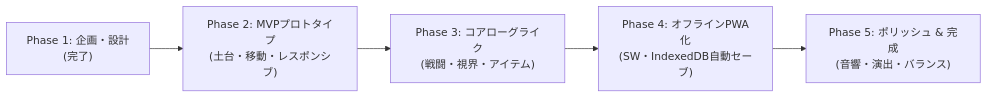
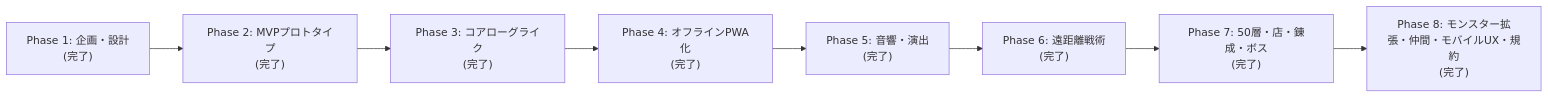
One commit to Katsu2013/antigravity-game-01 changed the diagram in docs/03_roadmap.md. Above: the diagram before and after it, drawn with Mermaid. The commit also changed other lines of this file and 3 other files, not shown here.

````diff
--- a/docs/03_roadmap.md
+++ b/docs/03_roadmap.md
@@ -9,7 +9,10 @@
 ```mermaid
 flowchart LR
-    Phase1["Phase 1: 企画・設計<br>(完了)"] --> Phase2["Phase 2: MVPプロトタイプ<br>(土台・移動・レスポンシブ)"]
-    Phase2 --> Phase3["Phase 3: コアローグライク<br>(戦闘・視界・アイテム)"]
-    Phase3 --> Phase4["Phase 4: オフラインPWA化<br>(SW・IndexedDB自動セーブ)"]
-    Phase4 --> Phase5["Phase 5: ポリッシュ & 完成<br>(音響・演出・バランス)"]
+    Phase1["Phase 1: 企画・設計<br>(完了)"] --> Phase2["Phase 2: MVPプロトタイプ<br>(完了)"]
+    Phase2 --> Phase3["Phase 3: コアローグライク<br>(完了)"]
+    Phase3 --> Phase4["Phase 4: オフラインPWA化<br>(完了)"]
+    Phase4 --> Phase5["Phase 5: 音響・演出<br>(完了)"]
+    Phase5 --> Phase6["Phase 6: 遠距離戦術<br>(完了)"]
+    Phase6 --> Phase7["Phase 7: 50層・店・錬成・ボス<br>(完了)"]
+    Phase7 --> Phase8["Phase 8: モンスター拡張・仲間・モバイルUX・規約<br>(完了)"]
 ```
````
